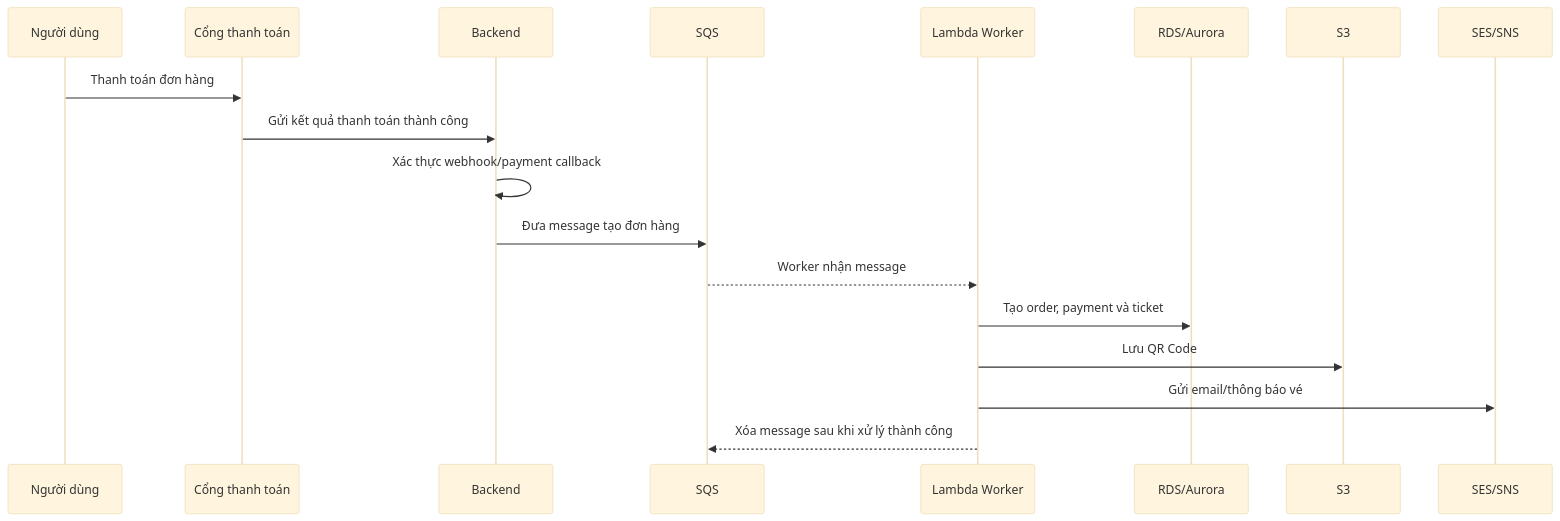
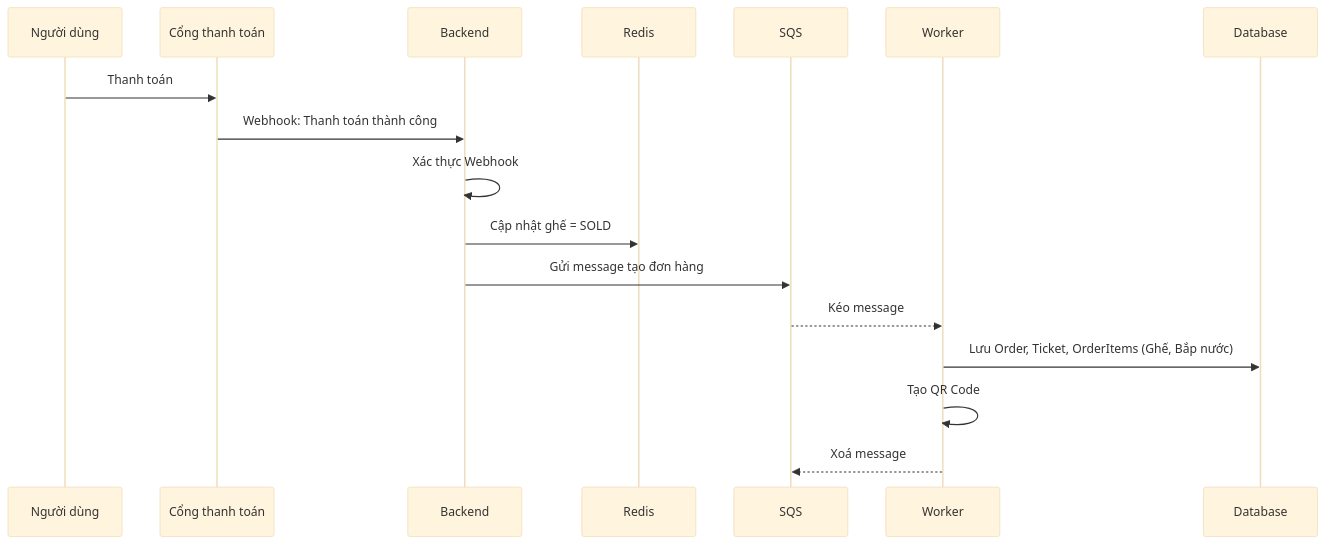
One commit to huypham200104/fcj-online-ticketing-system changed the third of 5 diagrams in docs/program-flow.md. Above: the diagram before and after it, drawn with Mermaid (base theme). The commit also changed other lines of this file and 110 other files, not shown here.

````diff
--- a/docs/program-flow.md
+++ b/docs/program-flow.md
@@ -89,21 +54,20 @@
 ```mermaid
 sequenceDiagram
     participant User as Người dùng
     participant Payment as Cổng thanh toán
     participant API as Backend
+    participant Redis as Redis
     participant SQS as SQS
-    participant Worker as Lambda Worker
-    participant DB as RDS/Aurora
-    participant S3 as S3
-    participant Email as SES/SNS
+    participant Worker as Worker
+    participant DB as Database
 
-    User->>Payment: Thanh toán đơn hàng
-    Payment->>API: Gửi kết quả thanh toán thành công
-    API->>API: Xác thực webhook/payment callback
-    API->>SQS: Đưa message tạo đơn hàng
-    SQS-->>Worker: Worker nhận message
-    Worker->>DB: Tạo order, payment và ticket
-    Worker->>S3: Lưu QR Code
-    Worker->>Email: Gửi email/thông báo vé
-    Worker-->>SQS: Xóa message sau khi xử lý thành công
+    User->>Payment: Thanh toán
+    Payment->>API: Webhook: Thanh toán thành công
+    API->>API: Xác thực Webhook
+    API->>Redis: Cập nhật ghế = SOLD
+    API->>SQS: Gửi message tạo đơn hàng
+    SQS-->>Worker: Kéo message
+    Worker->>DB: Lưu Order, Ticket, OrderItems (Ghế, Bắp nước)
+    Worker->>Worker: Tạo QR Code
+    Worker-->>SQS: Xoá message
 ```
````
